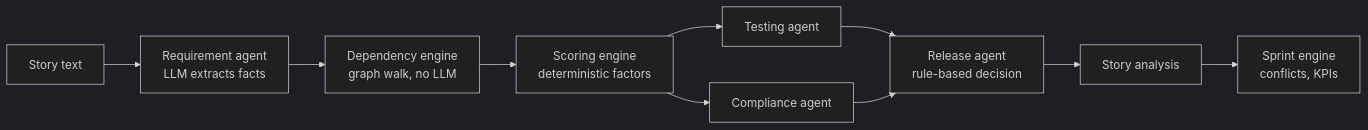
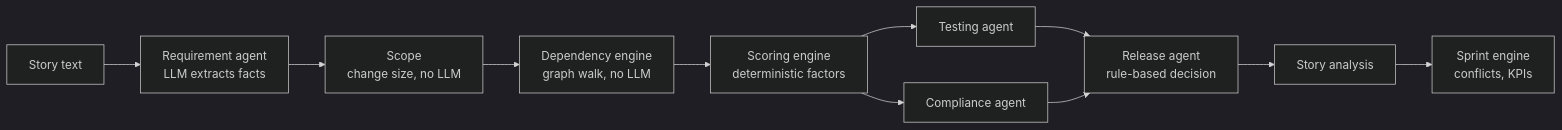
Before and after one commit to NayantaraNair/AI-Change-Impact-Analysis-Agent: the diagram in README.md, drawn with Mermaid (dark theme). The commit also changed other lines of this file and 131 other files, not shown here.

First line of the commit message:
Practical scope for small changes; simple graph; light mode; top-5 tests

````diff
--- a/README.md
+++ b/README.md
@@ -31,12 +32,13 @@
 ```mermaid
 flowchart LR
     S[Story text] --> R[Requirement agent<br/>LLM extracts facts]
-    R --> D[Dependency engine<br/>graph walk, no LLM]
+    R --> Z[Scope<br/>change size, no LLM]
+    Z --> D[Dependency engine<br/>graph walk, no LLM]
     D --> K[Scoring engine<br/>deterministic factors]
     K --> T[Testing agent]
     K --> C[Compliance agent]
     T --> L[Release agent<br/>rule-based decision]
     C --> L
     L --> A[Story analysis]
     A --> SP[Sprint engine<br/>conflicts, KPIs]
 ```
````
